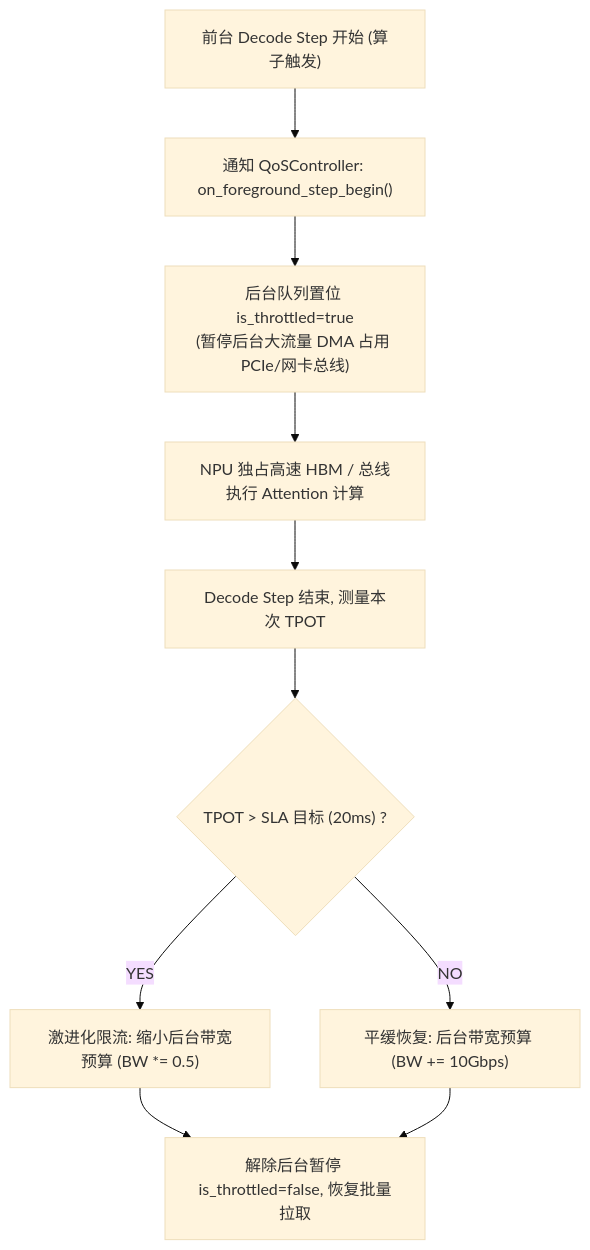
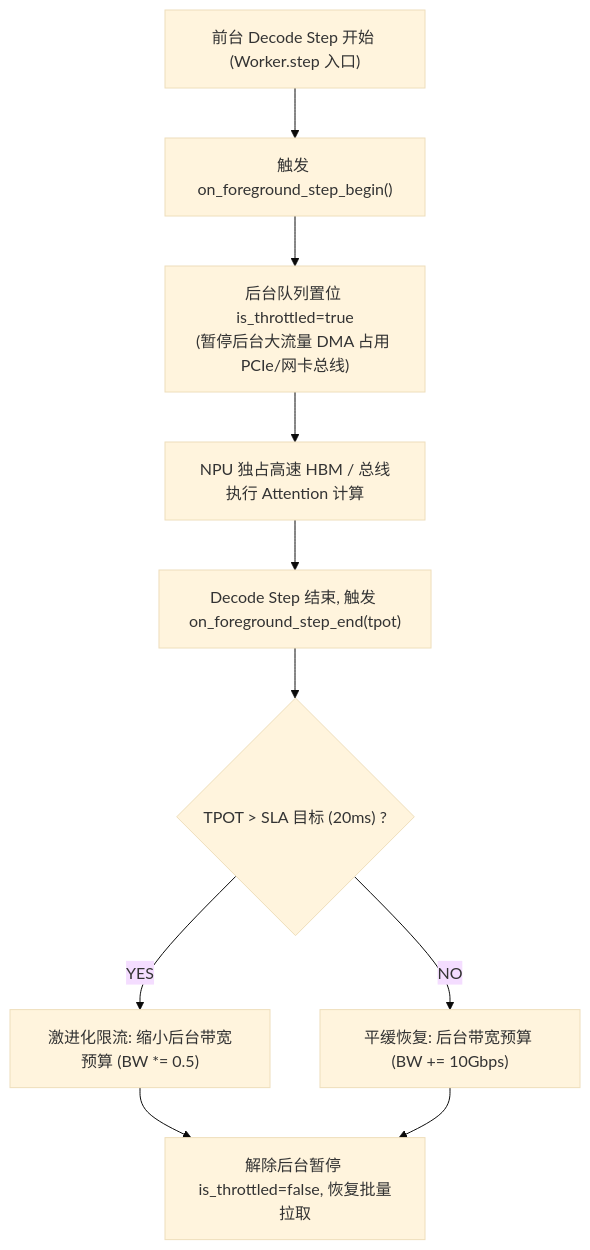
Before and after one commit to stonetree/reports: the first of 2 diagrams in kvcache/unified_kv_memory/提前验证方案设计/验证计划方案设计/08_PVT-07_前后台混压端到端薄闭环与SemanticQoS干扰包络验证实施方案设计.md, drawn with Mermaid (base theme). The commit also changed other lines of this file and 11 other files, not shown here.

````diff
--- a/kvcache/unified_kv_memory/提前验证方案设计/验证计划方案设计/08_PVT-07_前后台混压端到端薄闭环与SemanticQoS干扰包络验证实施方案设计.md
+++ b/kvcache/unified_kv_memory/提前验证方案设计/验证计划方案设计/08_PVT-07_前后台混压端到端薄闭环与SemanticQoS干扰包络验证实施方案设计.md
@@ -61,12 +86,12 @@
 ```mermaid
 flowchart TD
-    FgEvent["前台 Decode Step 开始 (算子触发)"] --> NotifyQoS["通知 QoSController: on_foreground_step_begin()"]
+    FgEvent["前台 Decode Step 开始 (Worker.step 入口)"] --> NotifyQoS["触发 on_foreground_step_begin()"]
     NotifyQoS --> ThrottleBG["后台队列置位 is_throttled=true<br/>(暂停后台大流量 DMA 占用 PCIe/网卡总线)"]
     ThrottleBG --> NpuCompute["NPU 独占高速 HBM / 总线执行 Attention 计算"]
-    NpuCompute --> FgDone["Decode Step 结束, 测量本次 TPOT"]
+    NpuCompute --> FgDone["Decode Step 结束, 触发 on_foreground_step_end(tpot)"]
     FgDone --> CheckSLA{"TPOT > SLA 目标 (20ms) ?"}
     CheckSLA -- "YES" --> Penalize["激进化限流: 缩小后台带宽预算 (BW *= 0.5)"]
     CheckSLA -- "NO" --> Restore["平缓恢复: 后台带宽预算 (BW += 10Gbps)"]
     Penalize --> ResumeBG["解除后台暂停 is_throttled=false, 恢复批量拉取"]
     Restore --> ResumeBG
 ```
````
